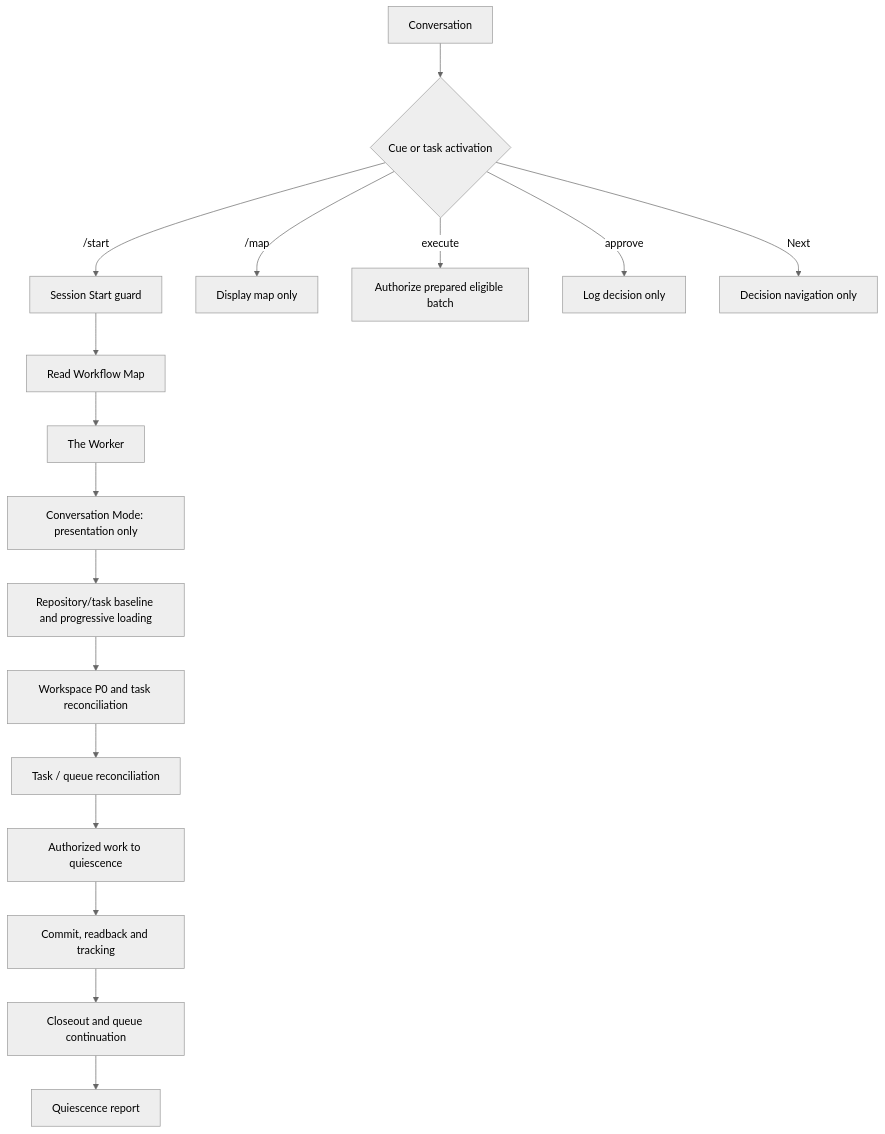
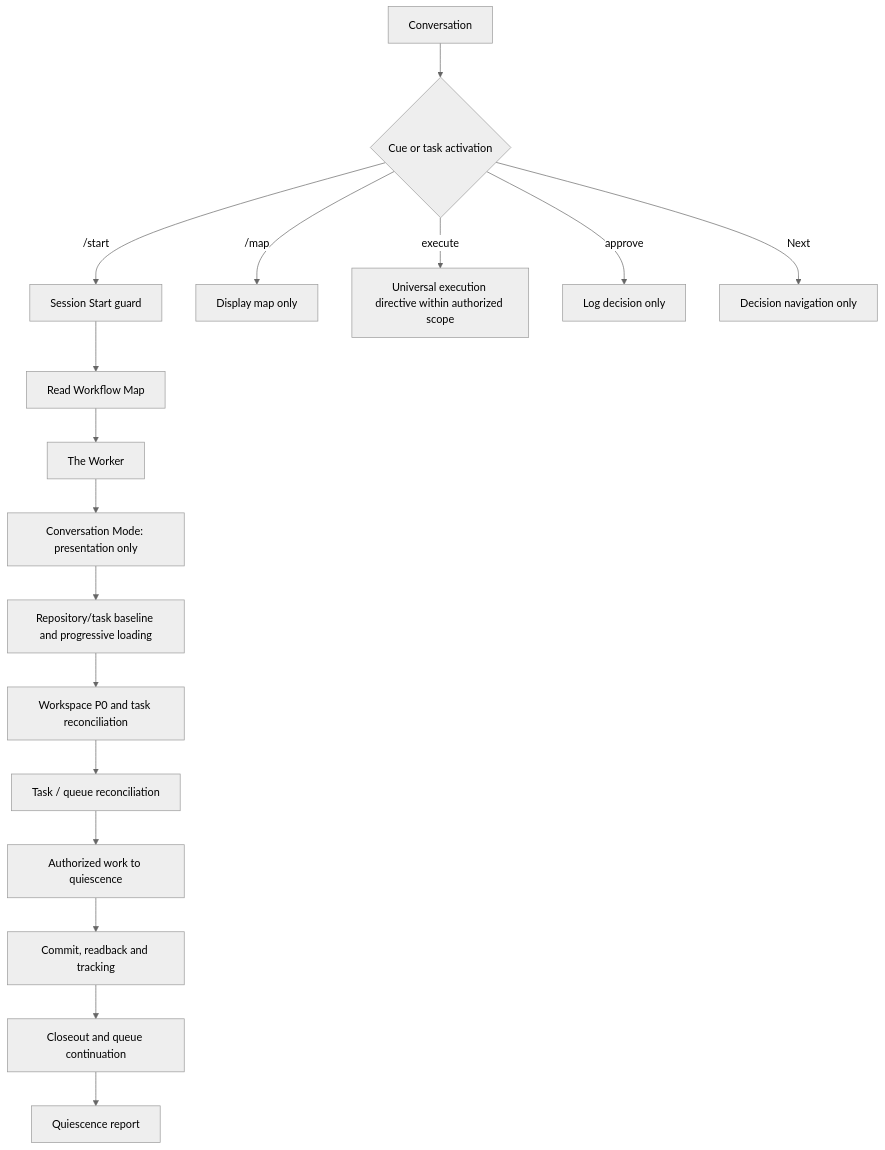
Before and after one commit to dungnv2602/chatgpt: the first of 5 diagrams in .agent/WORKFLOW_MAP.md, drawn with Mermaid (neutral theme). The commit also changed other lines of this file, not shown here.

Commit message:
Align workflow map with universal execute cue Task-ID: 20261127-173000-75

````diff
--- a/.agent/WORKFLOW_MAP.md
+++ b/.agent/WORKFLOW_MAP.md
@@ -7,9 +7,9 @@
 ```mermaid
 flowchart TD
  A[Conversation] --> B{Cue or task activation}
  B -->|/start| C[Session Start guard] --> D[Read Workflow Map] --> E[The Worker] --> F[Conversation Mode: presentation only] --> G[Repository/task baseline and progressive loading] --> H[Workspace P0 and task reconciliation] --> I[Task / queue reconciliation] --> J[Authorized work to quiescence] --> K[Commit, readback and tracking] --> L[Closeout and queue continuation] --> M[Quiescence report]
  B -->|/map| N[Display map only]
- B -->|execute| O[Authorize prepared eligible batch]
+ B -->|execute| O[Universal execution directive within authorized scope]
  B -->|approve| P[Log decision only]
  B -->|Next| Q[Decision navigation only]
 ```
````
